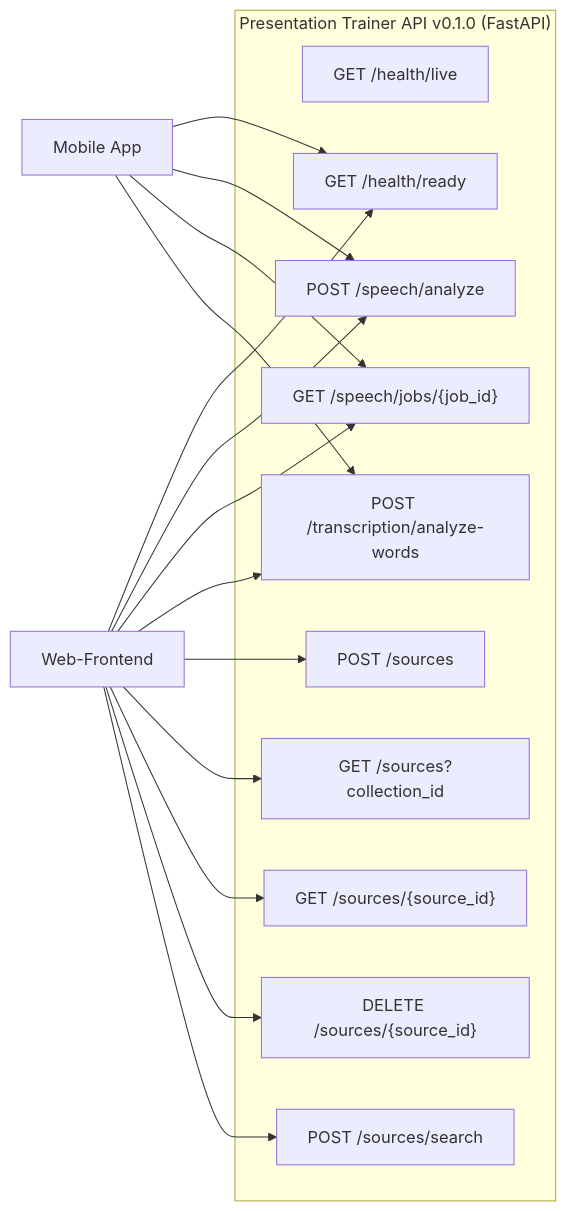
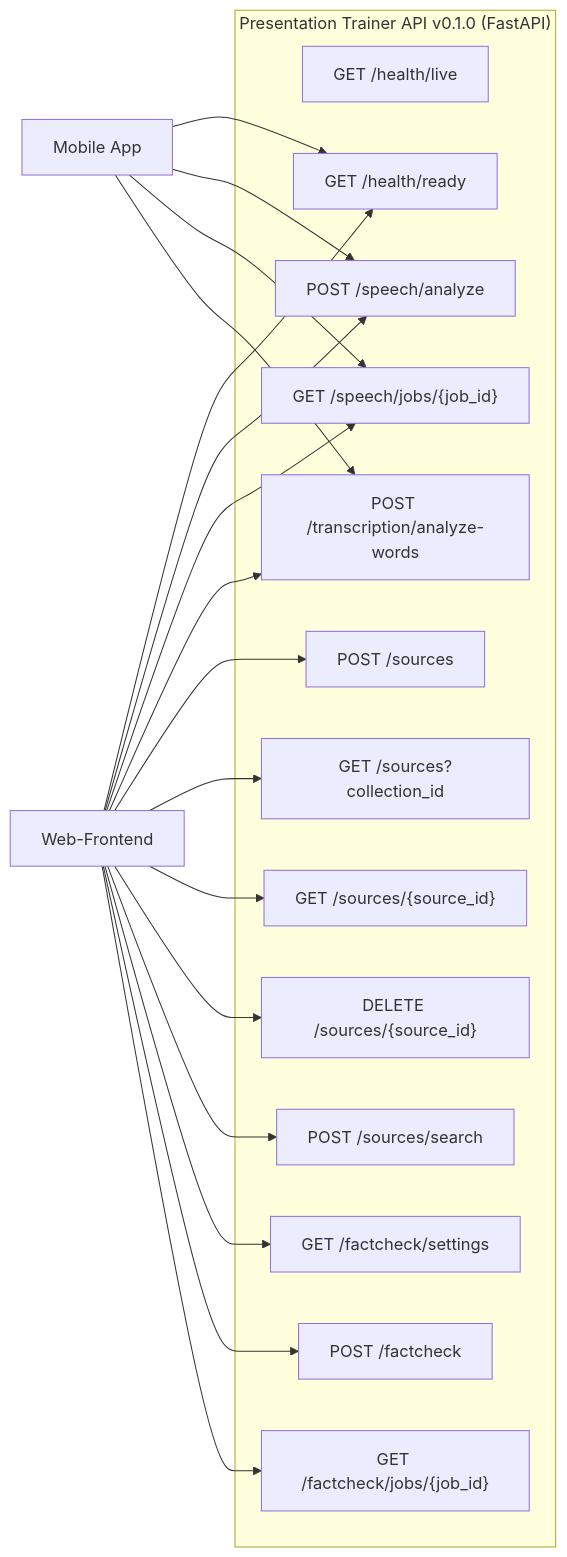
One commit to johannes3502/hackathon-fulda changed the tenth of 10 diagrams in docs/03-architecture.md. Above: the diagram before and after it, drawn with Mermaid. The commit also changed other lines of this file and 32 other files, not shown here.

````diff
--- a/docs/03-architecture.md
+++ b/docs/03-architecture.md
@@ -271,18 +332,21 @@
 ```mermaid
 flowchart LR
     subgraph API["Presentation Trainer API v0.1.0 (FastAPI)"]
         H1["GET /health/live"]
         H2["GET /health/ready"]
         S1["POST /speech/analyze"]
         S2["GET /speech/jobs/{job_id}"]
         T1["POST /transcription/analyze-words"]
         R1["POST /sources"]
         R2["GET /sources?collection_id"]
         R3["GET /sources/{source_id}"]
         R4["DELETE /sources/{source_id}"]
         R5["POST /sources/search"]
+        F1["GET /factcheck/settings"]
+        F2["POST /factcheck"]
+        F3["GET /factcheck/jobs/{job_id}"]
     end
 
-    WEBF["Web-Frontend"] --> H2 & S1 & S2 & T1 & R1 & R2 & R3 & R4 & R5
+    WEBF["Web-Frontend"] --> H2 & S1 & S2 & T1 & R1 & R2 & R3 & R4 & R5 & F1 & F2 & F3
     MOB["Mobile App"] --> H2 & S1 & S2 & T1
 ```
````
